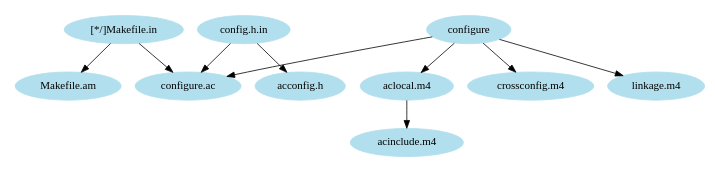
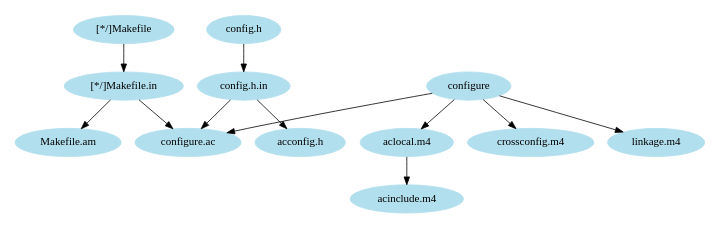
One commit to zeha/xc32 changed the diagram in src/gcc/libstdc++-v3/doc/xml/images/confdeps.dot. Above: the diagram before and after it, drawn with Graphviz. The commit also changed 39250 other files, not shown here.

```diff
--- a/src/gcc/libstdc++-v3/doc/xml/images/confdeps.dot
+++ b/src/gcc/libstdc++-v3/doc/xml/images/confdeps.dot
@@ -1,14 +1,16 @@
 # Blatantly ripped out of the graphviz examples and modified.  -pme
 digraph v3conf {
     size="6,6";
     node [color=lightblue2, style=filled];
     "aclocal.m4" -> "acinclude.m4";
     "configure" -> "aclocal.m4";
     "configure" -> "configure.ac";
     "configure" -> "crossconfig.m4";
     "configure" -> "linkage.m4";
+    "[*/]Makefile" -> "[*/]Makefile.in";
     "[*/]Makefile.in" -> "Makefile.am";
     "[*/]Makefile.in" -> "configure.ac";
+    "config.h" -> "config.h.in"
     "config.h.in" -> "acconfig.h";
     "config.h.in" -> "configure.ac";
 }
```
